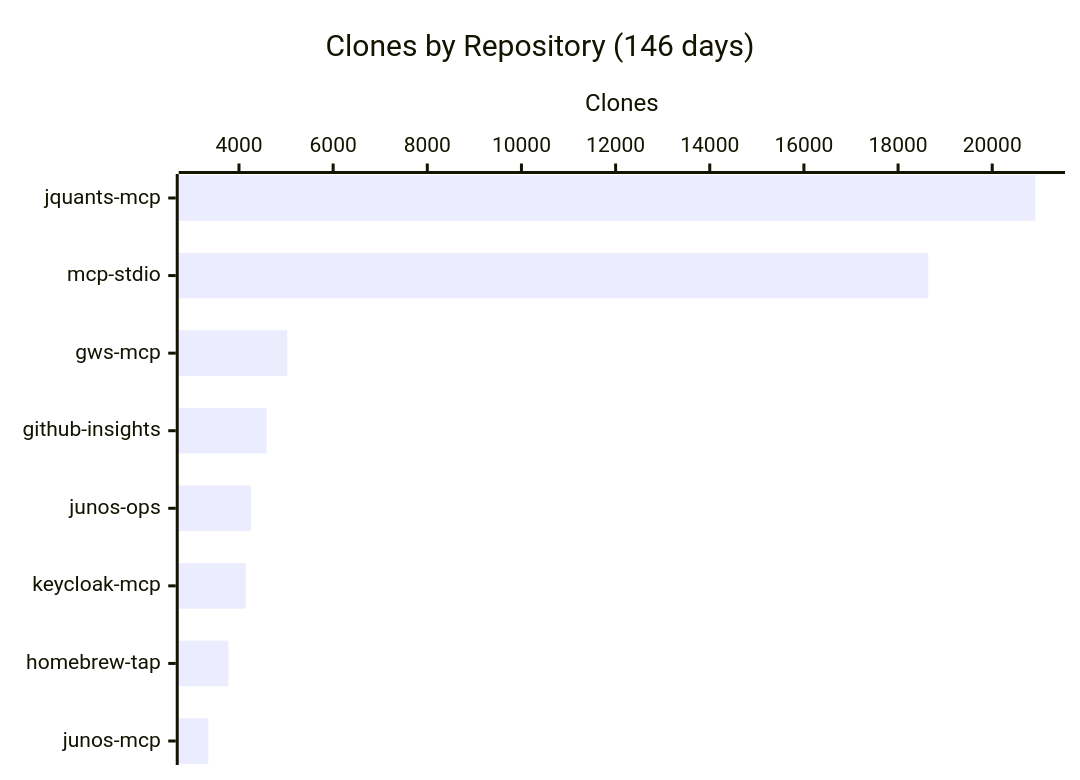
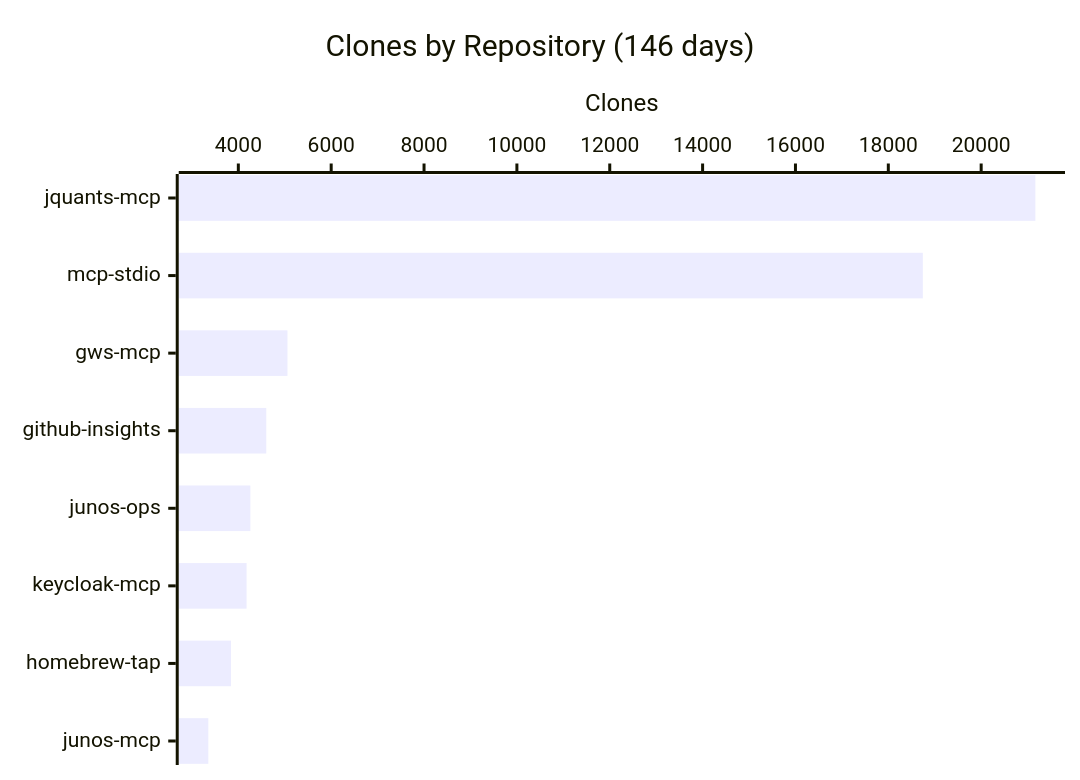
One commit to shigechika/github-insights changed the fourth of 4 diagrams in README.md. Above: the diagram before and after it, drawn with Mermaid. The commit also changed other lines of this file and 2 other files, not shown here.

````diff
--- a/README.md
+++ b/README.md
@@ -58,7 +58,7 @@
 ```mermaid
 xychart-beta horizontal
     title "Clones by Repository (146 days)"
     x-axis ["jquants-mcp", "mcp-stdio", "gws-mcp", "github-insights", "junos-ops", "keycloak-mcp", "homebrew-tap", "junos-mcp"]
     y-axis "Clones"
-    bar [20917, 18639, 5025, 4585, 4255, 4145, 3777, 3349]
+    bar [21168, 18743, 5058, 4602, 4259, 4178, 3842, 3354]
 ```
````
